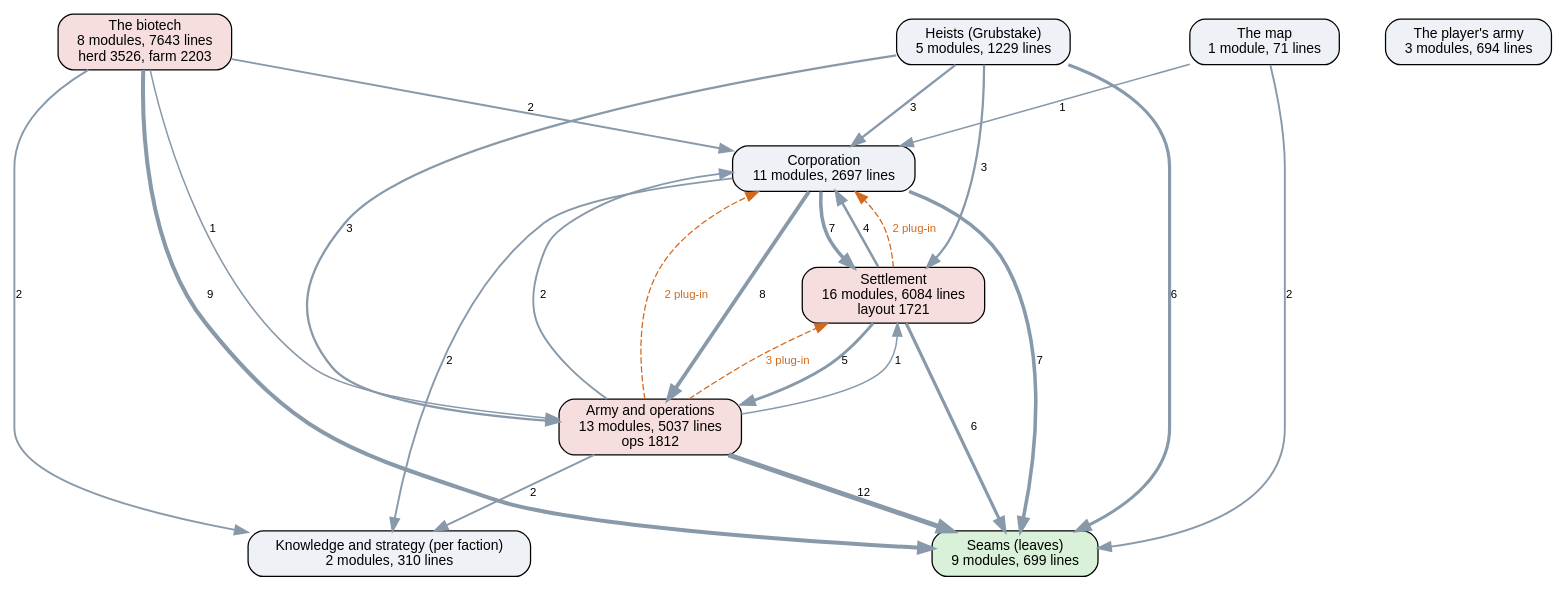
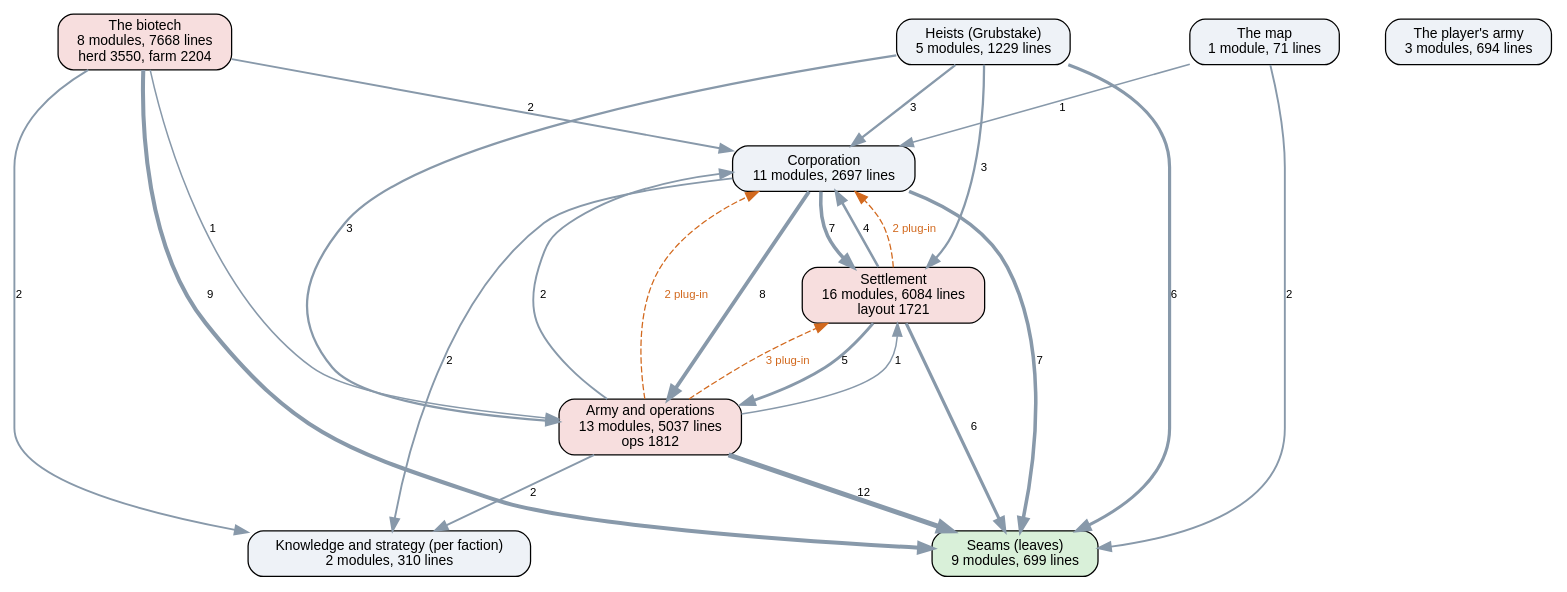
Before and after one commit to kinelhu/landing-party: the diagram in docs/ai-layers.dot, drawn with Graphviz. The commit also changed 10 other files, not shown here.

```diff
--- a/docs/ai-layers.dot
+++ b/docs/ai-layers.dot
@@ -1,38 +1,38 @@
 digraph layers {
   graph [rankdir=TB, fontname="Helvetica", nodesep=0.5, ranksep=0.7];
   node [shape=box, style="rounded,filled", fontname="Helvetica", fontsize=11, fillcolor="#eef2f7"];
   edge [color="#8899aa", fontname="Helvetica", fontsize=9];
   "Seams (leaves)" [label="Seams (leaves)\n9 modules, 699 lines", fillcolor="#d9f0d9"];
   "Knowledge and strategy (per faction)" [label="Knowledge and strategy (per faction)\n2 modules, 310 lines", fillcolor="#eef2f7"];
   "Corporation" [label="Corporation\n11 modules, 2697 lines", fillcolor="#eef2f7"];
   "Settlement" [label="Settlement\n16 modules, 6084 lines\nlayout 1721", fillcolor="#f7dede"];
   "Army and operations" [label="Army and operations\n13 modules, 5037 lines\nops 1812", fillcolor="#f7dede"];
   "Heists (Grubstake)" [label="Heists (Grubstake)\n5 modules, 1229 lines", fillcolor="#eef2f7"];
-  "The biotech" [label="The biotech\n8 modules, 7643 lines\nherd 3526, farm 2203", fillcolor="#f7dede"];
+  "The biotech" [label="The biotech\n8 modules, 7668 lines\nherd 3550, farm 2204", fillcolor="#f7dede"];
   "The map" [label="The map\n1 module, 71 lines", fillcolor="#eef2f7"];
   "The player's army" [label="The player's army\n3 modules, 694 lines", fillcolor="#eef2f7"];
   "Army and operations" -> "Corporation" [label="2", penwidth=1.5];
   "Army and operations" -> "Knowledge and strategy (per faction)" [label="2", penwidth=1.5];
   "Army and operations" -> "Seams (leaves)" [label="12", penwidth=4.0];
   "Army and operations" -> "Settlement" [label="1", penwidth=1.2];
   "Corporation" -> "Army and operations" [label="8", penwidth=3.0];
   "Corporation" -> "Knowledge and strategy (per faction)" [label="2", penwidth=1.5];
   "Corporation" -> "Seams (leaves)" [label="7", penwidth=2.8];
   "Corporation" -> "Settlement" [label="7", penwidth=2.8];
   "Heists (Grubstake)" -> "Army and operations" [label="3", penwidth=1.8];
   "Heists (Grubstake)" -> "Corporation" [label="3", penwidth=1.8];
   "Heists (Grubstake)" -> "Seams (leaves)" [label="6", penwidth=2.5];
   "Heists (Grubstake)" -> "Settlement" [label="3", penwidth=1.8];
   "Settlement" -> "Army and operations" [label="5", penwidth=2.2];
   "Settlement" -> "Corporation" [label="4", penwidth=2.0];
   "Settlement" -> "Seams (leaves)" [label="6", penwidth=2.5];
   "The biotech" -> "Army and operations" [label="1", penwidth=1.2];
   "The biotech" -> "Corporation" [label="2", penwidth=1.5];
   "The biotech" -> "Knowledge and strategy (per faction)" [label="2", penwidth=1.5];
   "The biotech" -> "Seams (leaves)" [label="9", penwidth=3.2];
   "The map" -> "Corporation" [label="1", penwidth=1.2];
   "The map" -> "Seams (leaves)" [label="2", penwidth=1.5];
   "Army and operations" -> "Corporation" [style=dashed, color="#d2691e", fontcolor="#d2691e", label="2 plug-in"];
   "Army and operations" -> "Settlement" [style=dashed, color="#d2691e", fontcolor="#d2691e", label="3 plug-in"];
   "Settlement" -> "Corporation" [style=dashed, color="#d2691e", fontcolor="#d2691e", label="2 plug-in"];
 }
```
